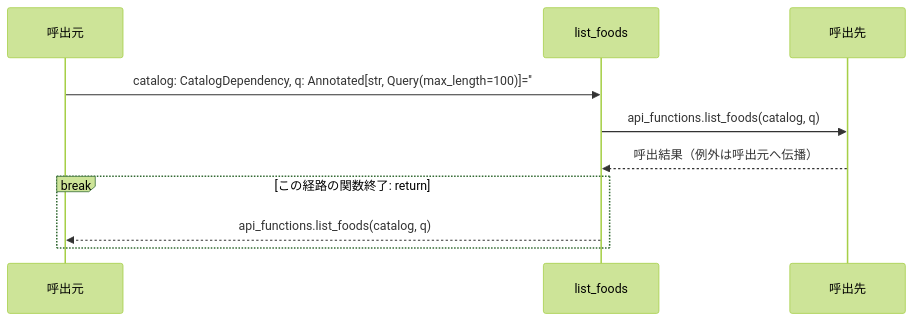
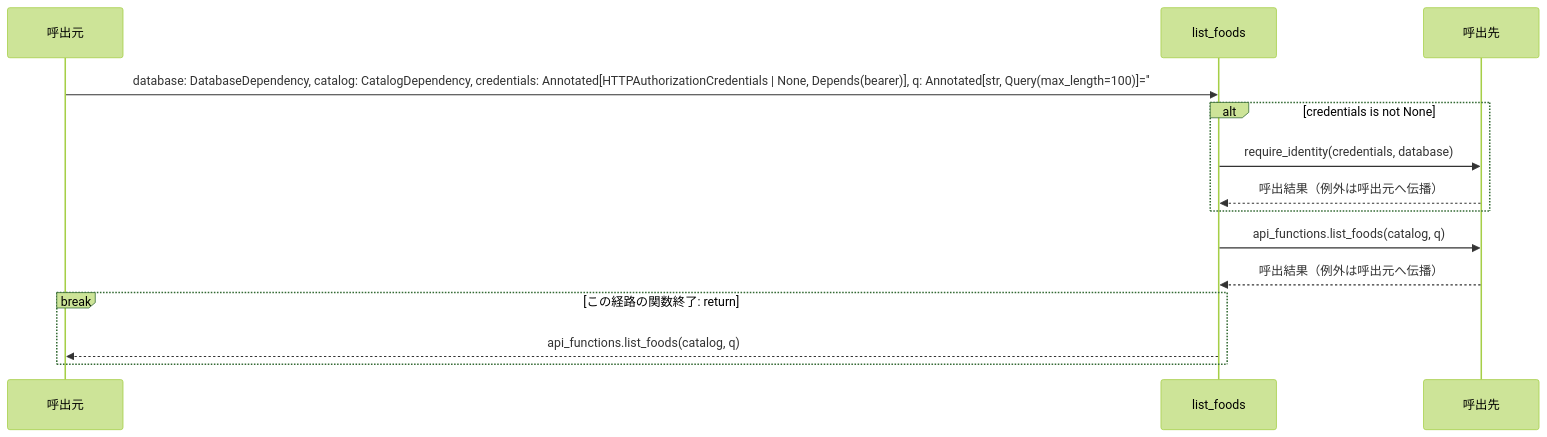
The first of 3 diagrams in docs/design/generated/api/operations/list_foods/sequence.md (tsuji-tomonori/RecipeWeave), drawn with Mermaid (forest theme) before and after one commit. The commit also changed other lines of this file and 2755 other files, not shown here.

````diff
--- a/docs/design/generated/api/operations/list_foods/sequence.md
+++ b/docs/design/generated/api/operations/list_foods/sequence.md
@@ -11,12 +13,16 @@
 ```mermaid
 sequenceDiagram
     participant Caller as 呼出元
     participant Function as list_foods
     participant Callee as 呼出先
-    Caller->>Function: catalog: CatalogDependency, q: Annotated[str, Query(max_length=100)]=#39;#39;
+    Caller->>Function: database: DatabaseDependency, catalog: CatalogDependency, credentials: Annotated[HTTPAuthorizationCredentials | None, Depends(bearer)], q: Annotated[str, Query(max_length=100)]=#39;#39;
+    alt credentials is not None
+        Function->>Callee: require_identity(credentials, database)
+        Callee-->>Function: 呼出結果（例外は呼出元へ伝播）
+    end
     Function->>Callee: api_functions.list_foods(catalog, q)
     Callee-->>Function: 呼出結果（例外は呼出元へ伝播）
     break この経路の関数終了: return
         Function-->>Caller: api_functions.list_foods(catalog, q)
     end
 ```
````
